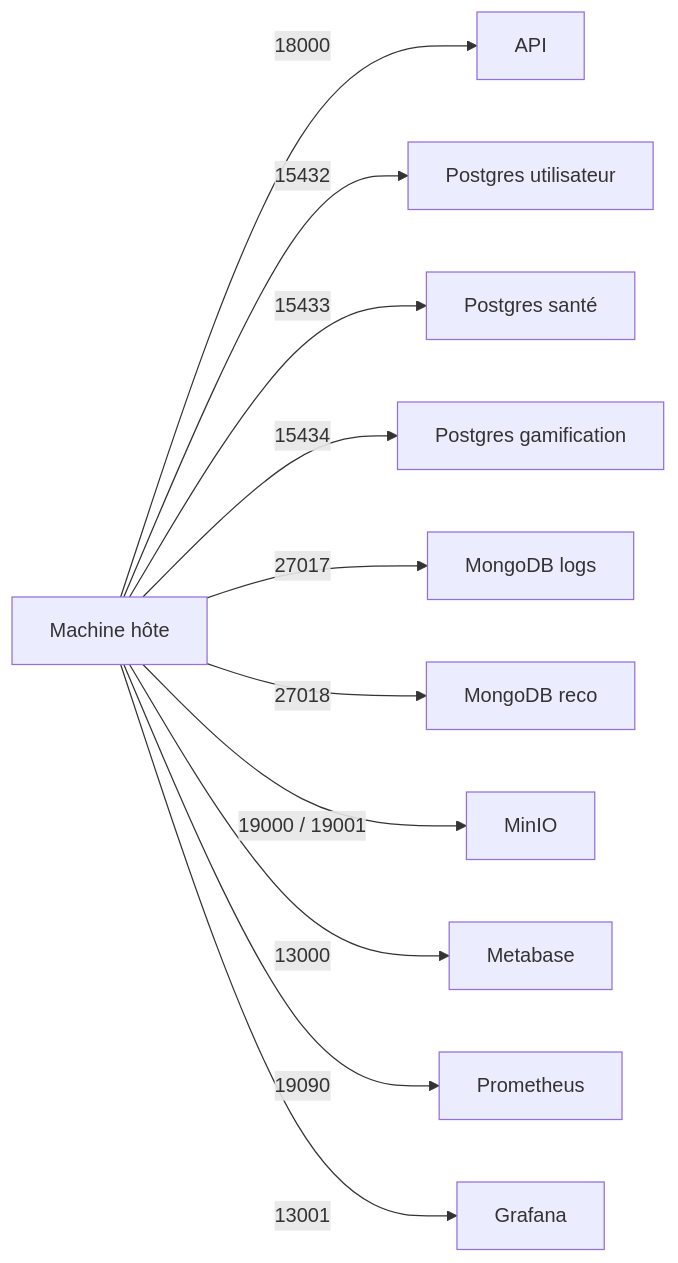
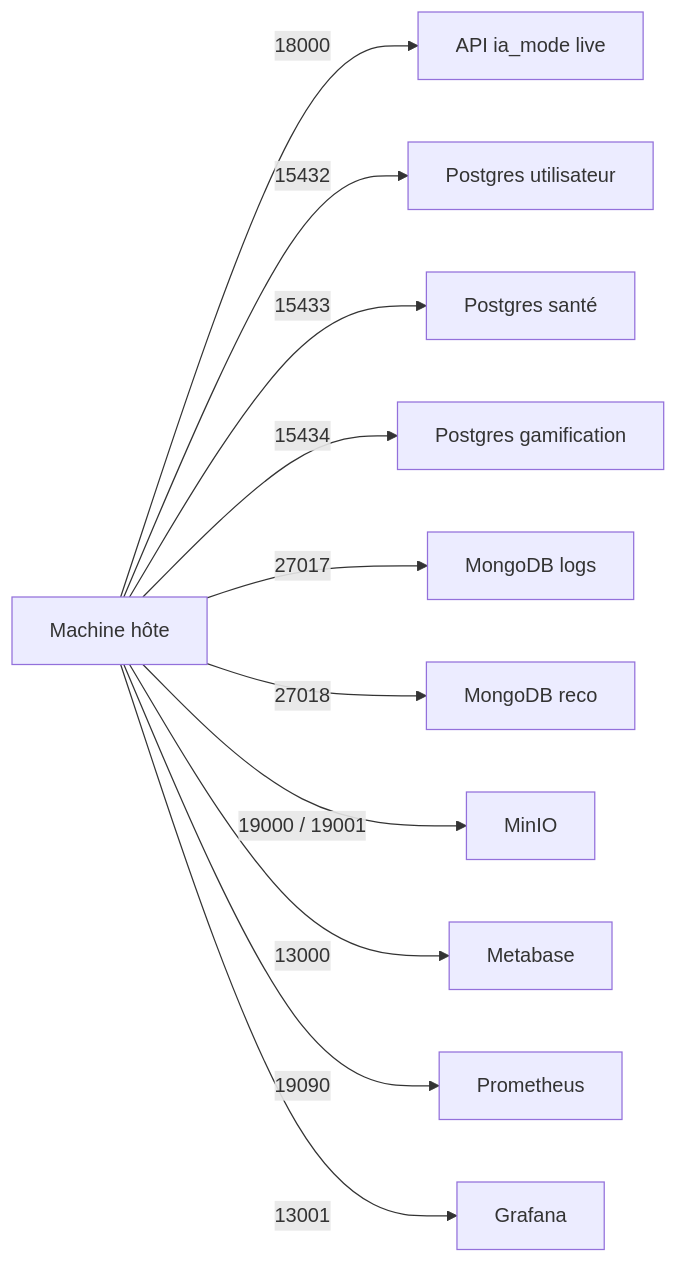
The fourth of 12 diagrams in README.md (Gwendal-Ferlin/MSPR502_BDD_Python), drawn with Mermaid before and after one commit. The commit also changed other lines of this file and 1 other file, not shown here.

````diff
--- a/README.md
+++ b/README.md
@@ -116,14 +149,14 @@
 ```mermaid
 flowchart LR
   Host["Machine hôte"]
-  Host -->|18000| API["API"]
+  Host -->|18000| API["API ia_mode live"]
   Host -->|15432| PGU["Postgres utilisateur"]
   Host -->|15433| PGS["Postgres santé"]
   Host -->|15434| PGG["Postgres gamification"]
   Host -->|27017| MLogs["MongoDB logs"]
   Host -->|27018| MReco["MongoDB reco"]
   Host -->|19000 / 19001| MinIO["MinIO"]
   Host -->|13000| MB["Metabase"]
   Host -->|19090| Prom["Prometheus"]
   Host -->|13001| Graf["Grafana"]
 ```
````
